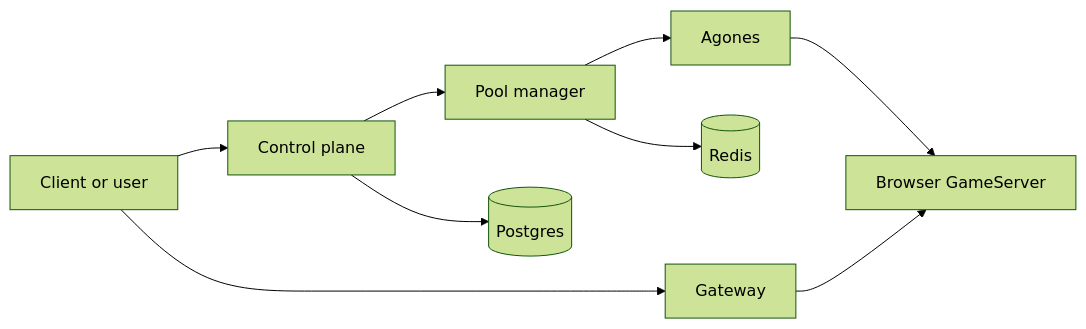
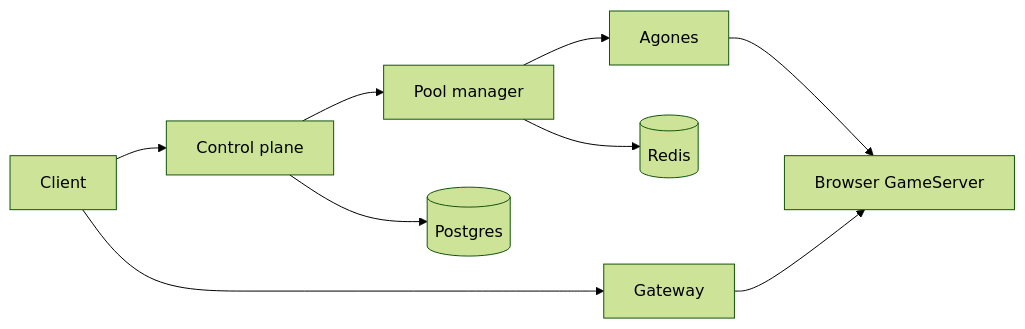
The diagram in docs/index.md (reclaimprotocol/popcorn-oss), drawn with Mermaid (forest theme) before and after one commit. The commit also changed other lines of this file and 176 other files, not shown here.

````diff
--- a/docs/index.md
+++ b/docs/index.md
@@ -54,11 +79,11 @@
 ```mermaid
 flowchart LR
-    client["Client or user"] --> control["Control plane"]
+    client["Client"] --> control["Control plane"]
     control --> pool["Pool manager"]
     pool --> agones["Agones"]
-    agones --> browser["Browser GameServer"]
+    agones --> worker["Browser GameServer"]
     client --> gateway["Gateway"]
-    gateway --> browser
+    gateway --> worker
     pool --> redis[("Redis")]
-    control --> pg[("Postgres")]
+    control --> postgres[("Postgres")]
 ```
````
